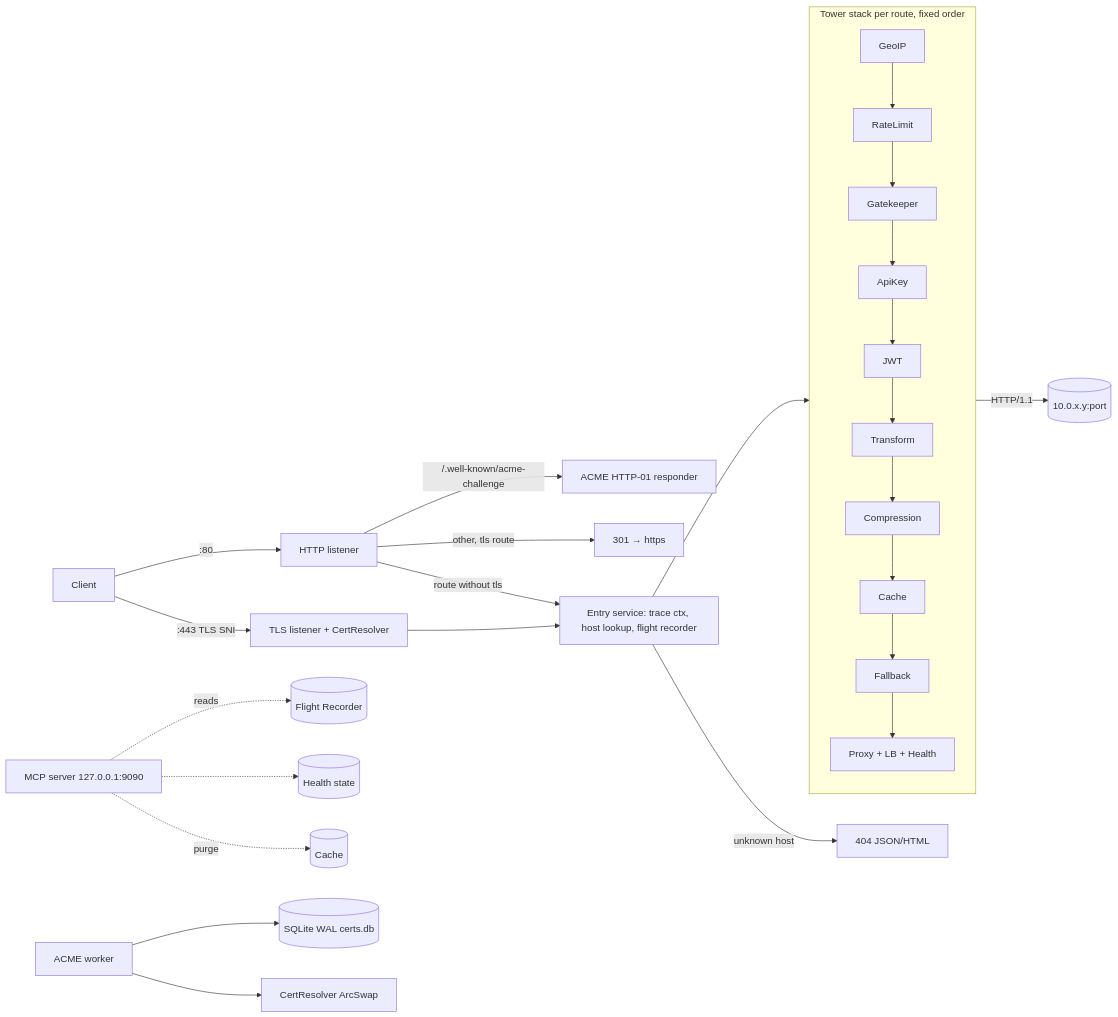
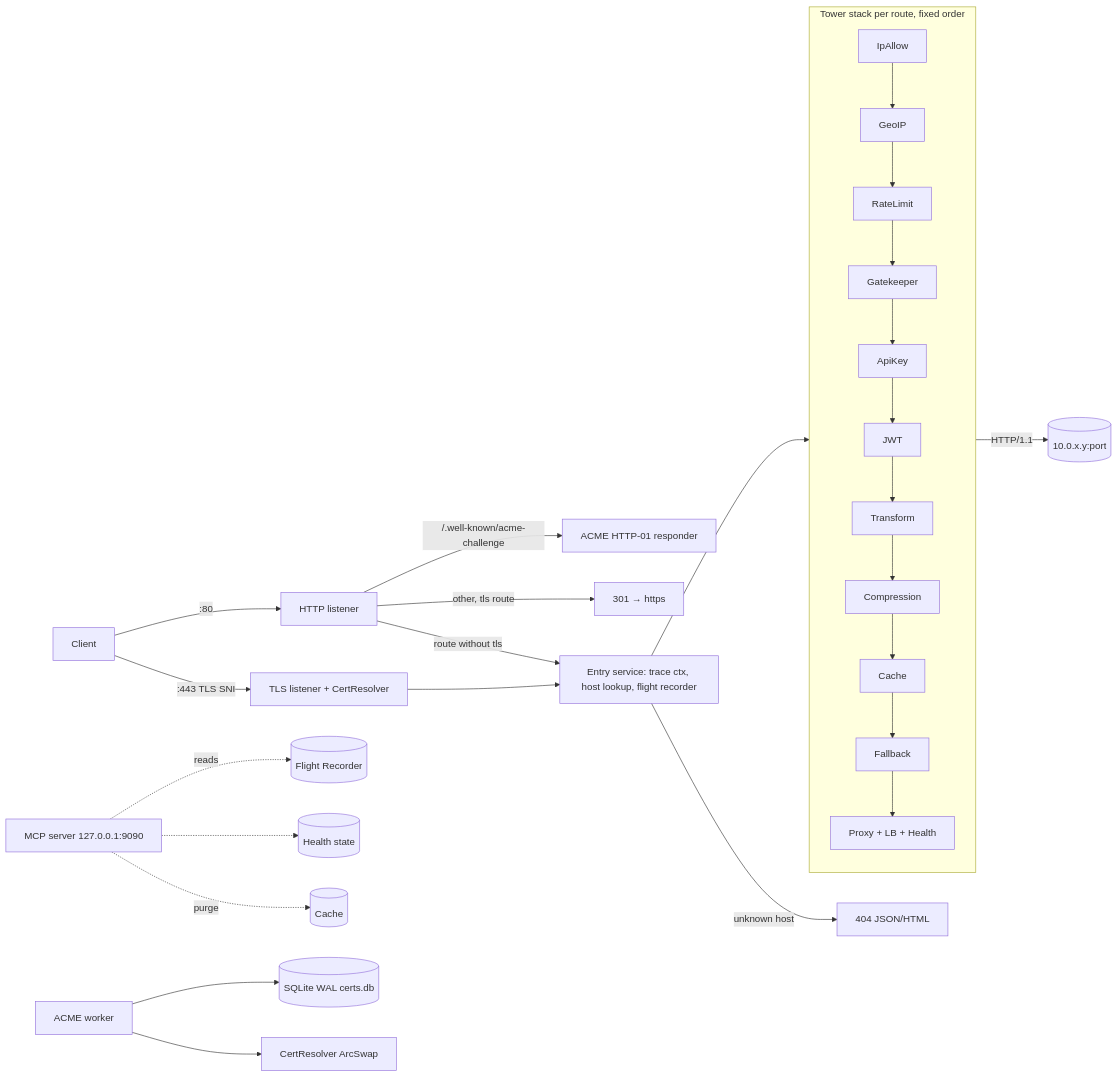
The diagram in PLAN.md (s-ted/paasers), drawn with Mermaid before and after one commit. The commit also changed other lines of this file and 3 other files, not shown here.

````diff
--- a/PLAN.md
+++ b/PLAN.md
@@ -29,21 +29,21 @@
 ```mermaid
 flowchart LR
   C[Client] -->|:80| H80[HTTP listener]
   C -->|:443 TLS SNI| H443[TLS listener + CertResolver]
   H80 -->|/.well-known/acme-challenge| ACME[ACME HTTP-01 responder]
   H80 -->|other, tls route| RED[301 → https]
   H80 -->|route without tls| ENTRY
   H443 --> ENTRY[Entry service: trace ctx, host lookup, flight recorder]
   ENTRY -->|unknown host| E404[404 JSON/HTML]
   ENTRY --> STACK[Route Tower stack]
   subgraph STACK[Tower stack per route, fixed order]
     direction TB
-    L1[GeoIP] --> L2[RateLimit] --> L3[Gatekeeper] --> L4[ApiKey] --> L5[JWT] --> L6[Transform] --> L7[Compression] --> L8[Cache] --> L9[Fallback] --> P[Proxy + LB + Health]
+    L0[IpAllow] --> L1[GeoIP] --> L2[RateLimit] --> L3[Gatekeeper] --> L4[ApiKey] --> L5[JWT] --> L6[Transform] --> L7[Compression] --> L8[Cache] --> L9[Fallback] --> P[Proxy + LB + Health]
   end
   P -->|HTTP/1.1| U1[(10.0.x.y:port)]
   MCP[MCP server 127.0.0.1:9090] -.reads.-> FR[(Flight Recorder)]
   MCP -.-> HC[(Health state)]
   MCP -.purge.-> CACHE[(Cache)]
   ACMEW[ACME worker] --> DB[(SQLite WAL certs.db)]
   ACMEW --> RES[CertResolver ArcSwap]
 ```
````
